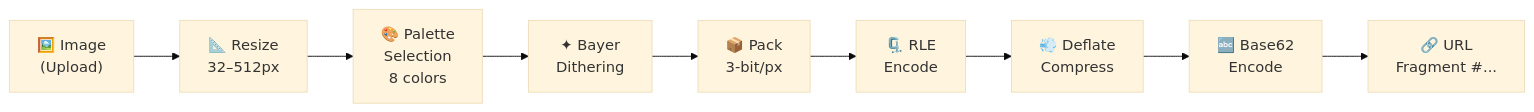
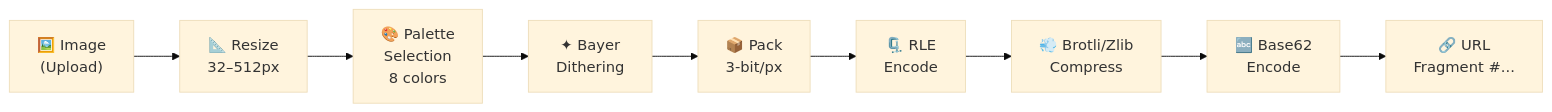
The first of 2 diagrams in README.md (GHagui/NanoGlyph-Share), drawn with Mermaid (base theme) before and after one commit. The commit also changed other lines of this file and 9 other files, not shown here.

````diff
--- a/README.md
+++ b/README.md
@@ -50,11 +51,11 @@
 ```mermaid
 flowchart LR
     A["🖼️ Image\n(Upload)"] --> B["📐 Resize\n32–512px"]
     B --> C["🎨 Palette\nSelection\n8 colors"]
     C --> D["✦ Bayer\nDithering"]
     D --> E["📦 Pack\n3-bit/px"]
     E --> F["🗜️ RLE\nEncode"]
-    F --> G["💨 Deflate\nCompress"]
+    F --> G["💨 Brotli/Zlib\nCompress"]
     G --> H["🔤 Base62\nEncode"]
     H --> I["🔗 URL\nFragment #..."]
 ```
````
